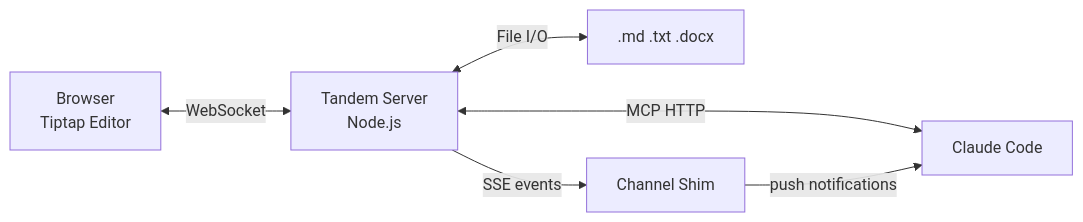
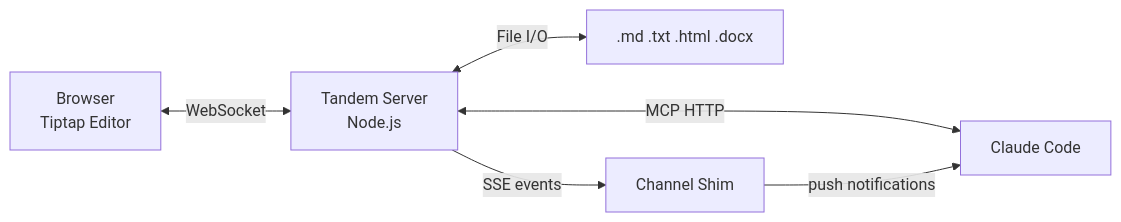
The diagram in README.md (bloknayrb/tandem), drawn with Mermaid before and after one commit. The commit also changed other lines of this file and 4 other files, not shown here.

````diff
--- a/README.md
+++ b/README.md
@@ -9,8 +9,8 @@
 ```mermaid
 graph LR
     Browser["Browser<br/>Tiptap Editor"] <-->|WebSocket| Server["Tandem Server<br/>Node.js"]
     Server <-->|MCP HTTP| Claude["Claude Code"]
-    Server <-->|File I/O| Files[".md .txt .docx"]
+    Server <-->|File I/O| Files[".md .txt .html .docx"]
     Server -->|SSE events| Shim["Channel Shim"]
     Shim -->|push notifications| Claude
 ```
````
